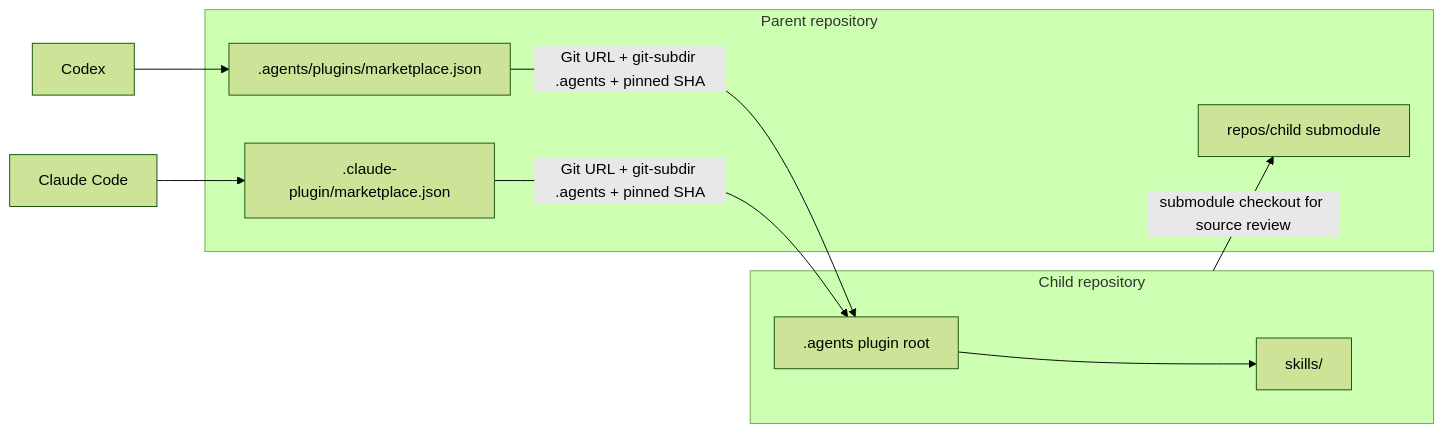
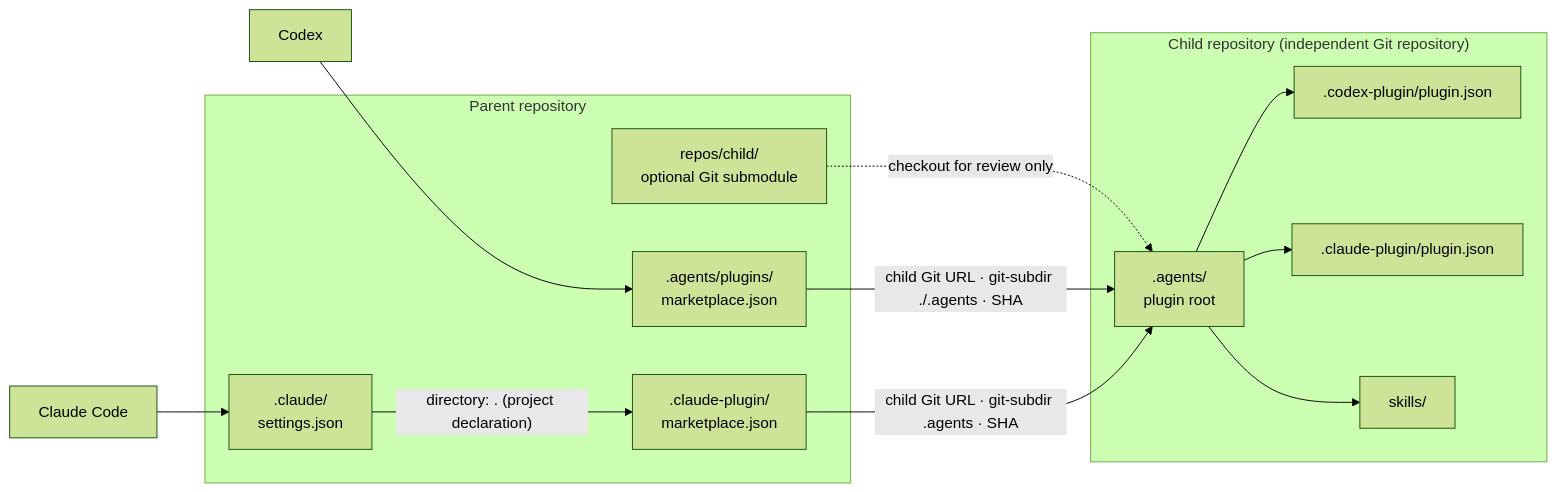
One commit to japboy/agent-workspace-template changed the diagram in README.md. Above: the diagram before and after it, drawn with Mermaid (forest theme). The commit also changed other lines of this file and 4 other files, not shown here.

First line of the commit message:
feat(plugins): add parent marketplace support

````diff
--- a/README.md
+++ b/README.md
@@ -50,18 +76,26 @@
 ```mermaid
 flowchart LR
-  subgraph Child["Child repository"]
-    Plugin[".agents plugin root"] --> Skills["skills/"]
+  subgraph Child["Child repository (independent Git repository)"]
+    Plugin[".agents/<br/>plugin root"]
+    CodexManifest[".codex-plugin/plugin.json"]
+    ClaudeManifest[".claude-plugin/plugin.json"]
+    Skills["skills/"]
+    Plugin --> CodexManifest
+    Plugin --> ClaudeManifest
+    Plugin --> Skills
   end
 
   subgraph Parent["Parent repository"]
-    Submodule["repos/child submodule"]
-    CodexMarket[".agents/plugins/marketplace.json"]
-    ClaudeMarket[".claude-plugin/marketplace.json"]
+    Submodule["repos/child/<br/>optional Git submodule"]
+    CodexMarket[".agents/plugins/<br/>marketplace.json"]
+    ClaudeSettings[".claude/<br/>settings.json"]
+    ClaudeMarket[".claude-plugin/<br/>marketplace.json"]
   end
 
-  Child -->|"submodule checkout for source review"| Submodule
   Codex["Codex"] --> CodexMarket
-  Claude["Claude Code"] --> ClaudeMarket
-  CodexMarket -->|"Git URL + git-subdir .agents + pinned SHA"| Plugin
-  ClaudeMarket -->|"Git URL + git-subdir .agents + pinned SHA"| Plugin
+  Claude["Claude Code"] --> ClaudeSettings
+  ClaudeSettings -->|"directory: . (project declaration)"| ClaudeMarket
+  Submodule -. "checkout for review only" .-> Plugin
+  CodexMarket -->|"child Git URL · git-subdir ./.agents · SHA"| Plugin
+  ClaudeMarket -->|"child Git URL · git-subdir .agents · SHA"| Plugin
 ```
````
